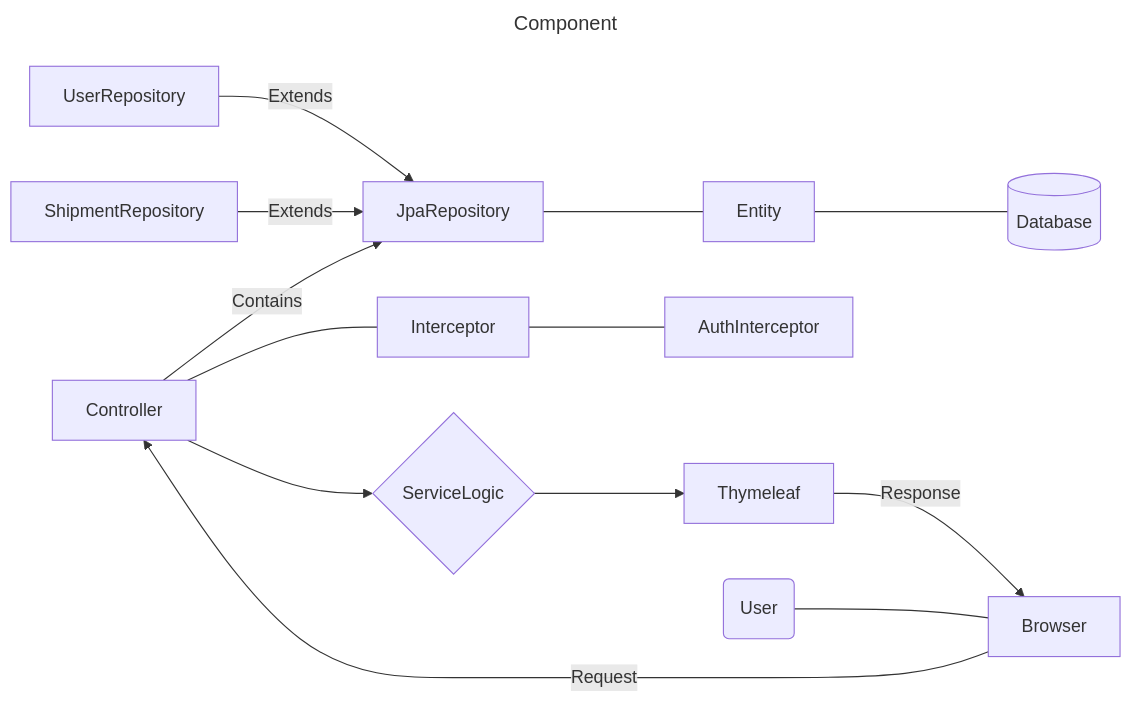
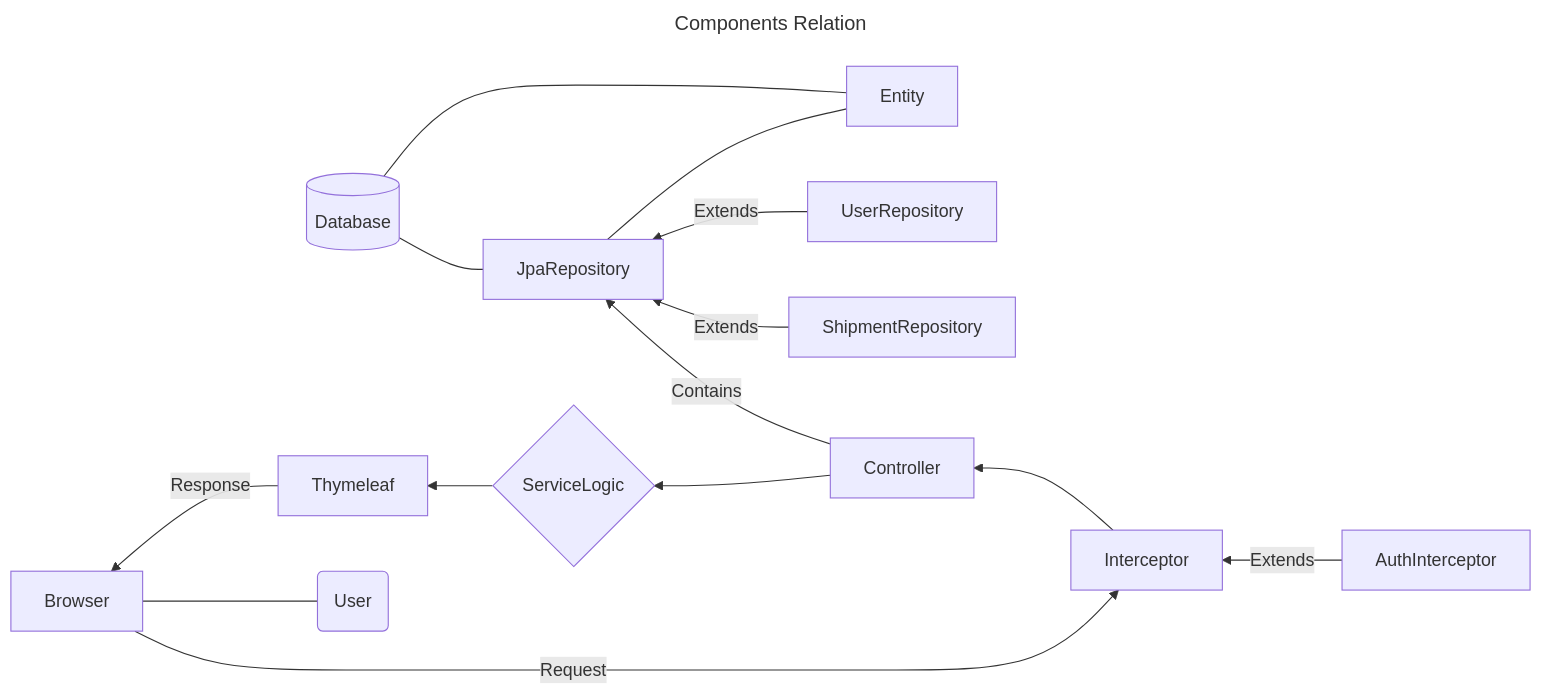
One commit to ZhangzeqingCN/JavaEE-Exercise changed the first of 4 diagrams in doc/Assignment 1/main.md. Above: the diagram before and after it, drawn with Mermaid. The commit also changed other lines of this file, not shown here.

````diff
--- a/doc/Assignment 1/main.md
+++ b/doc/Assignment 1/main.md
@@ -11,15 +14,19 @@
 ```mermaid
 ---
-title: Component
+title: Components Relation
 ---
-graph LR
+graph RL
+    Entity --- JpaRepository
+    Entity --- Database
+    JpaRepository --- Database[(Database)]
     UserRepository --> |Extends|JpaRepository
     ShipmentRepository --> |Extends| JpaRepository
-    JpaRepository --- Entity
-    Controller --- Interceptor --- AuthInterceptor
+    Interceptor --> Controller
+    AuthInterceptor --> |Extends| Interceptor
     Controller --> |Contains| JpaRepository
-    Browser -->|Request| Controller
-    Controller --> ServiceLogic{ServiceLogic} --> Thymeleaf -->|Response| Browser
+    Browser -->|Request| Interceptor
+    Controller --> ServiceLogic{ServiceLogic}
+    ServiceLogic{ServiceLogic} --> Thymeleaf
+    Thymeleaf -->|Response| Browser
     User(User) --- Browser
-    Entity --- Database[(Database)]
 ```
````
